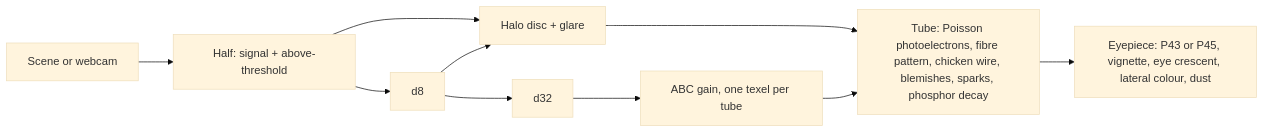
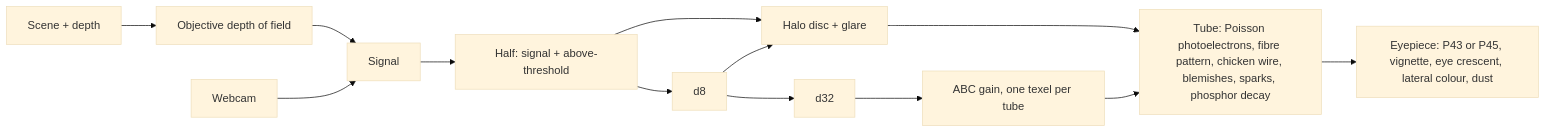
One commit to TomVDH/stimming changed the diagram in docs/plans/nvg.md. Above: the diagram before and after it, drawn with Mermaid (base theme). The commit also changed other lines of this file and 6 other files, not shown here.

First line of the commit message:
Night vision: harbour at 3 a.m., height fog, depth of field, glare layers

````diff
--- a/docs/plans/nvg.md
+++ b/docs/plans/nvg.md
@@ -17,11 +19,14 @@
 ```mermaid
 flowchart LR
-  S[Scene or webcam] --> H[Half: signal + above-threshold]
+  S0[Scene + depth] --> DOF[Objective depth of field]
+  DOF --> S[Signal]
+  W[Webcam] --> S
+  S --> H[Half: signal + above-threshold]
   H --> D8[d8] --> D32[d32]
   H --> HA[Halo disc + glare]
   D8 --> HA
   D32 --> G[ABC gain, one texel per tube]
   HA --> T[Tube: Poisson photoelectrons, fibre pattern, chicken wire, blemishes, sparks, phosphor decay]
   G --> T
   T --> O[Eyepiece: P43 or P45, vignette, eye crescent, lateral colour, dust]
 ```
````
